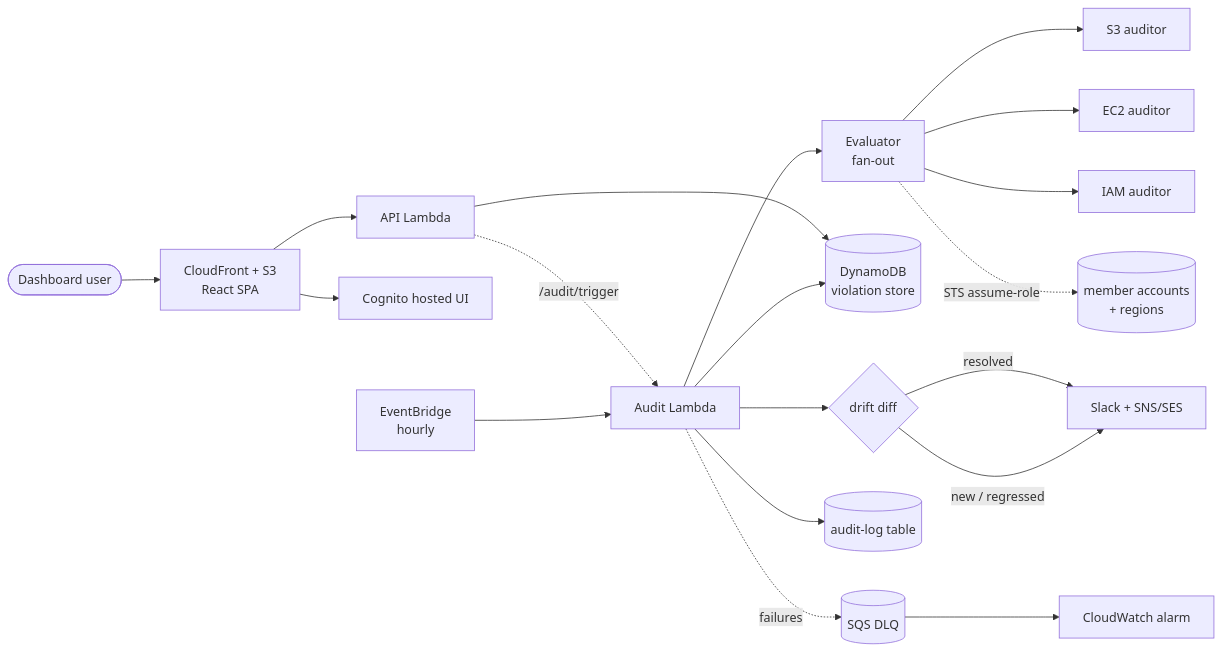
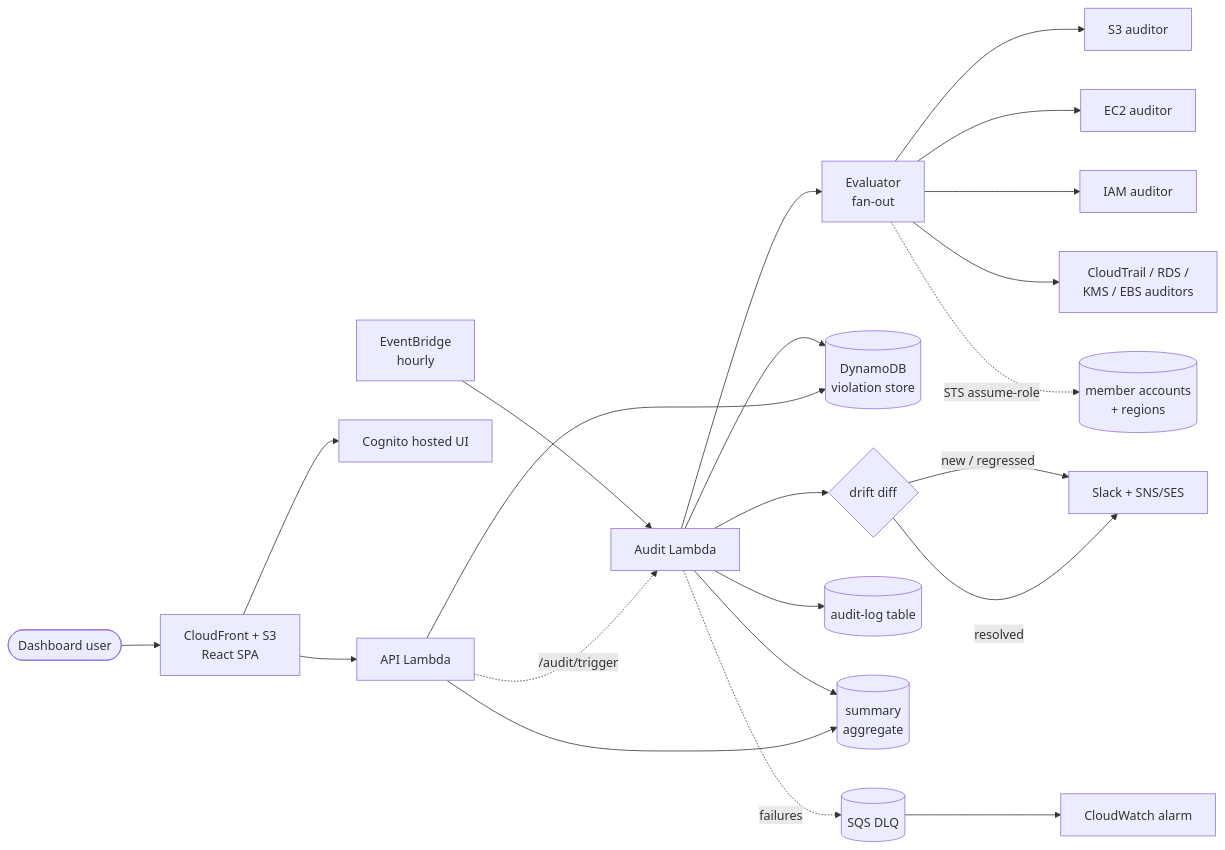
The diagram in README.md (JoshBlazer/cloud-shield), drawn with Mermaid before and after one commit. The commit also changed other lines of this file and 28 other files, not shown here.

First line of the commit message:
Add CloudTrail/RDS/KMS/EBS auditors, summary aggregate, cursor paging

````diff
--- a/README.md
+++ b/README.md
@@ -30,22 +29,25 @@
 ```mermaid
 flowchart LR
   EB[EventBridge<br/>hourly] --> AUD[Audit Lambda]
   AUD --> EVAL[Evaluator<br/>fan-out]
   EVAL --> A1[S3 auditor]
   EVAL --> A2[EC2 auditor]
   EVAL --> A3[IAM auditor]
+  EVAL --> A4[CloudTrail / RDS /<br/>KMS / EBS auditors]
   EVAL -. STS assume-role .-> ACCTS[(member accounts<br/>+ regions)]
   AUD --> DDB[(DynamoDB<br/>violation store)]
   AUD --> DIFF{drift diff}
   DIFF -->|new / regressed| ALERT[Slack + SNS/SES]
   DIFF -->|resolved| ALERT
   AUD --> LOG[(audit-log table)]
+  AUD --> SUM[(summary<br/>aggregate)]
   AUD -. failures .-> DLQ[(SQS DLQ)]
   DLQ --> CWALARM[CloudWatch alarm]
 
   USER([Dashboard user]) --> CF[CloudFront + S3<br/>React SPA]
   CF --> COG[Cognito hosted UI]
   CF --> API[API Lambda]
   API --> DDB
+  API --> SUM
   API -. /audit/trigger .-> AUD
 ```
````
